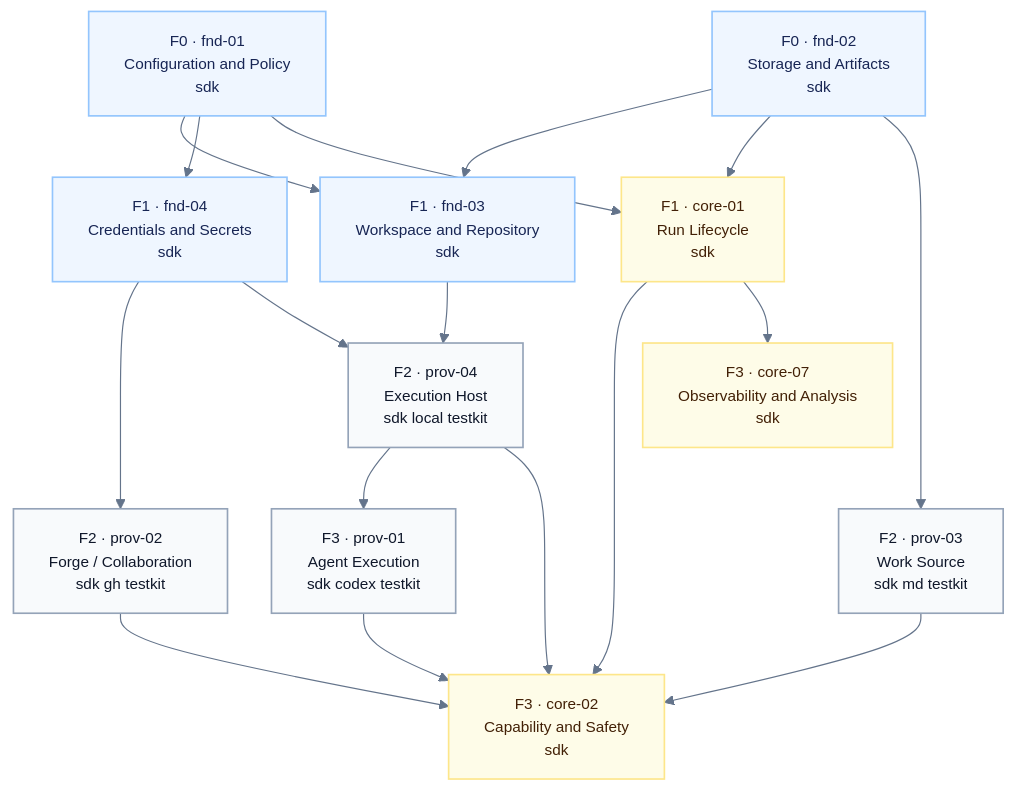
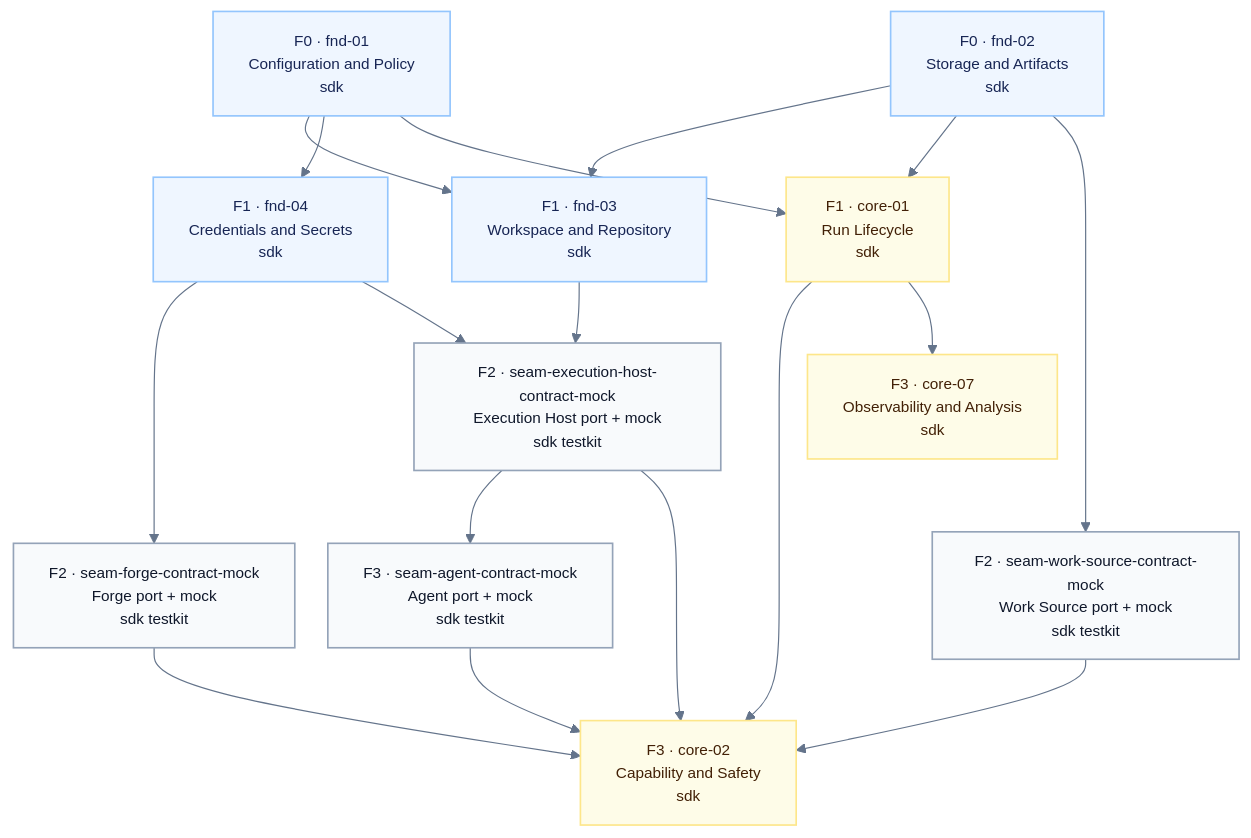
Before and after one commit to aryeko/agentic-workflow-kit: the first of 2 diagrams in docs/implementation/domain-dag.md, drawn with Mermaid. The commit also changed other lines of this file and 61 other files, not shown here.

````diff
--- a/docs/implementation/domain-dag.md
+++ b/docs/implementation/domain-dag.md
@@ -28,80 +33,80 @@
 ```mermaid
 %%{init: {
   "theme": "base",
   "flowchart": {
     "htmlLabels": false,
     "curve": "basis",
     "nodeSpacing": 28,
     "rankSpacing": 52
   },
   "themeVariables": {
     "fontFamily": "Inter, ui-sans-serif, system-ui, -apple-system, BlinkMacSystemFont, Segoe UI, sans-serif",
     "fontSize": "13px",
     "primaryColor": "#ffffff",
     "primaryTextColor": "#0f172a",
     "primaryBorderColor": "#cbd5e1",
     "lineColor": "#64748b",
     "tertiaryColor": "#ffffff",
     "background": "#ffffff"
   }
 }}%%
 flowchart TB
   fnd01["F0 · fnd-01
 Configuration and Policy
 sdk"]
   fnd02["F0 · fnd-02
 Storage and Artifacts
 sdk"]
   fnd03["F1 · fnd-03
 Workspace and Repository
 sdk"]
   fnd04["F1 · fnd-04
 Credentials and Secrets
 sdk"]
   core01["F1 · core-01
 Run Lifecycle
 sdk"]
-  prov03["F2 · prov-03
-Work Source
-sdk md testkit"]
-  prov02["F2 · prov-02
-Forge / Collaboration
-sdk gh testkit"]
-  prov04["F2 · prov-04
-Execution Host
-sdk local testkit"]
-  prov01["F3 · prov-01
-Agent Execution
-sdk codex testkit"]
+  seamWS["F2 · seam-work-source-contract-mock
+Work Source port + mock
+sdk testkit"]
+  seamForge["F2 · seam-forge-contract-mock
+Forge port + mock
+sdk testkit"]
+  seamHost["F2 · seam-execution-host-contract-mock
+Execution Host port + mock
+sdk testkit"]
+  seamAgent["F3 · seam-agent-contract-mock
+Agent port + mock
+sdk testkit"]
   core02["F3 · core-02
 Capability and Safety
 sdk"]
   core07["F3 · core-07
 Observability and Analysis
 sdk"]
 
   fnd01 --> fnd03
   fnd02 --> fnd03
   fnd01 --> fnd04
   fnd01 --> core01
   fnd02 --> core01
-  fnd02 --> prov03
-  fnd04 --> prov02
-  fnd03 --> prov04
-  fnd04 --> prov04
-  prov04 --> prov01
+  fnd02 --> seamWS
+  fnd04 --> seamForge
+  fnd03 --> seamHost
+  fnd04 --> seamHost
+  seamHost --> seamAgent
   core01 --> core02
-  prov01 --> core02
-  prov02 --> core02
-  prov03 --> core02
-  prov04 --> core02
+  seamAgent --> core02
+  seamForge --> core02
+  seamWS --> core02
+  seamHost --> core02
   core01 --> core07
 
   classDef foundation fill:#eff6ff,stroke:#93c5fd,stroke-width:1.4px,color:#172554;
   classDef provider fill:#f8fafc,stroke:#94a3b8,stroke-width:1.4px,color:#0f172a;
   classDef core fill:#fefce8,stroke:#fde68a,stroke-width:1.4px,color:#422006;
 
   class fnd01,fnd02,fnd03,fnd04 foundation;
-  class prov01,prov02,prov03,prov04 provider;
+  class seamAgent,seamForge,seamWS,seamHost provider;
   class core01,core02,core07 core;
 ```
````
